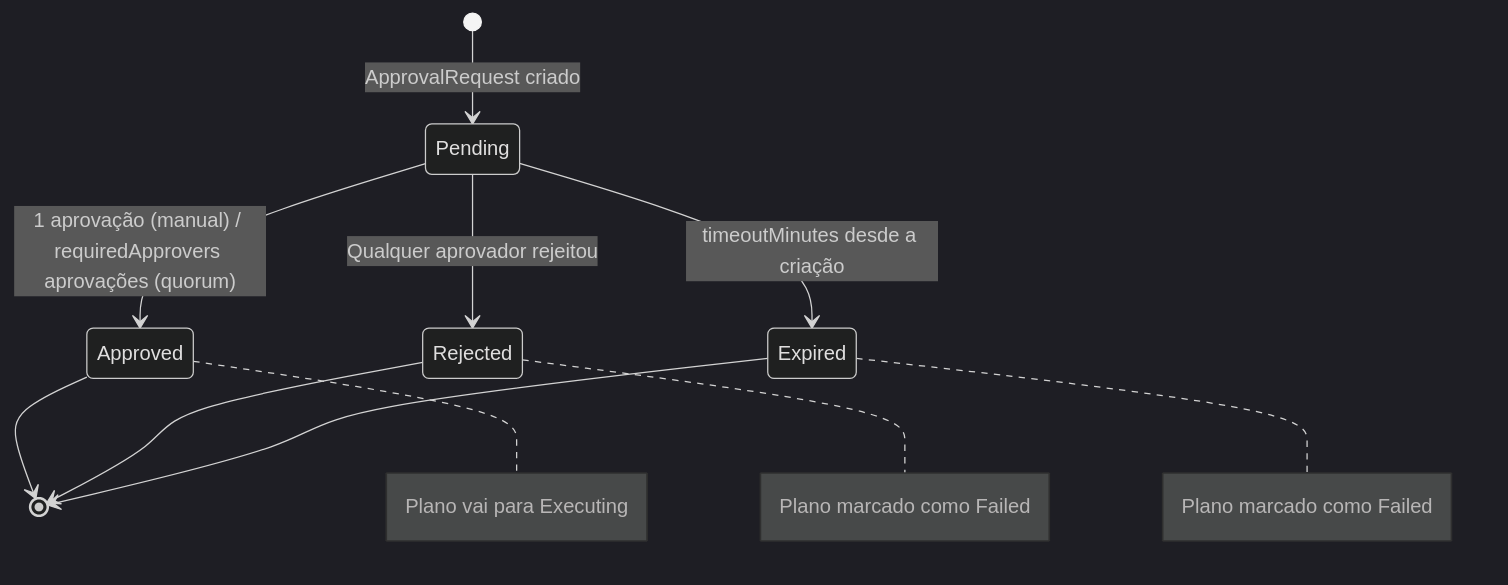
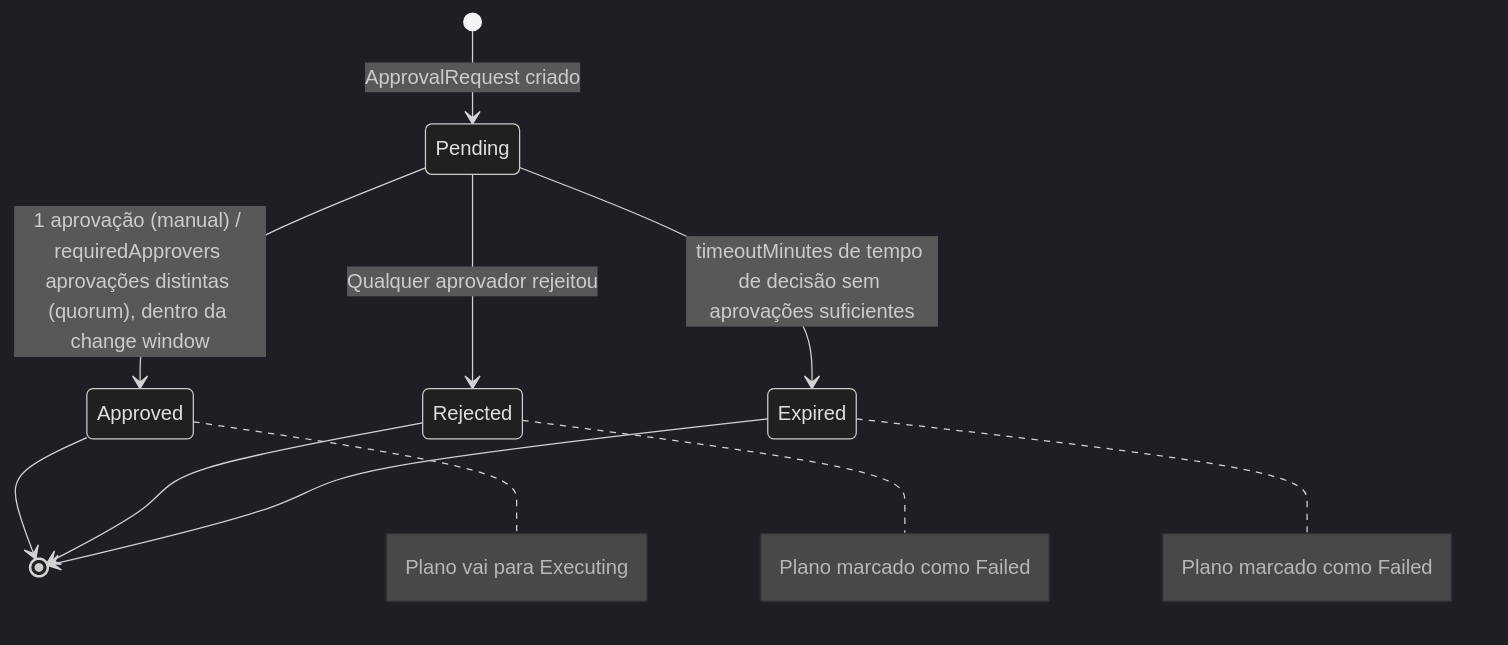
The second of 3 diagrams in pt/features/aiops/approval-workflow.mdx (diillson/chatcli.ai), drawn with Mermaid (dark theme) before and after one commit. The commit also changed other lines of this file and 105 other files, not shown here.

````diff
--- a/pt/features/aiops/approval-workflow.mdx
+++ b/pt/features/aiops/approval-workflow.mdx
@@ -302,14 +316,14 @@
 ```mermaid
 stateDiagram-v2
     [*] --> Pending : ApprovalRequest criado
-    Pending --> Approved : 1 aprovação (manual) / requiredApprovers aprovações (quorum)
+    Pending --> Approved : 1 aprovação (manual) / requiredApprovers aprovações distintas (quorum), dentro da change window
     Pending --> Rejected : Qualquer aprovador rejeitou
-    Pending --> Expired : timeoutMinutes desde a criação
+    Pending --> Expired : timeoutMinutes de tempo de decisão sem aprovações suficientes
     Approved --> [*]
     Rejected --> [*]
     Expired --> [*]
 
     note right of Approved : Plano vai para Executing
     note right of Rejected : Plano marcado como Failed
     note right of Expired : Plano marcado como Failed
 ```
````
